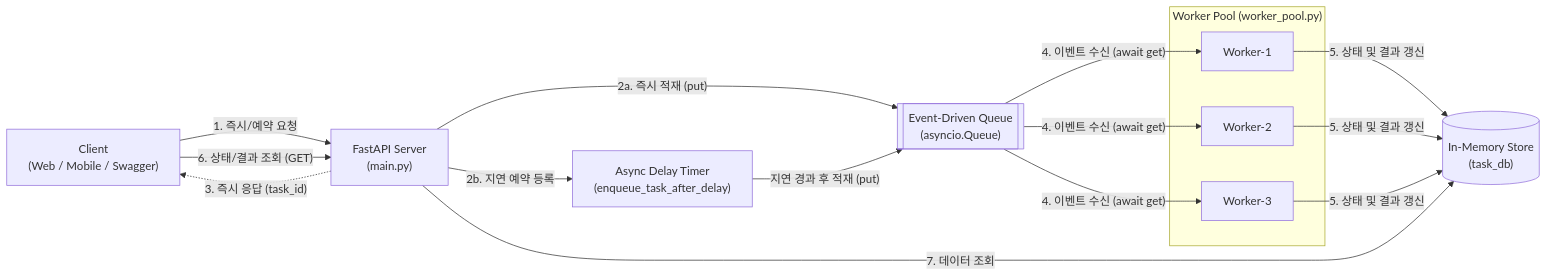
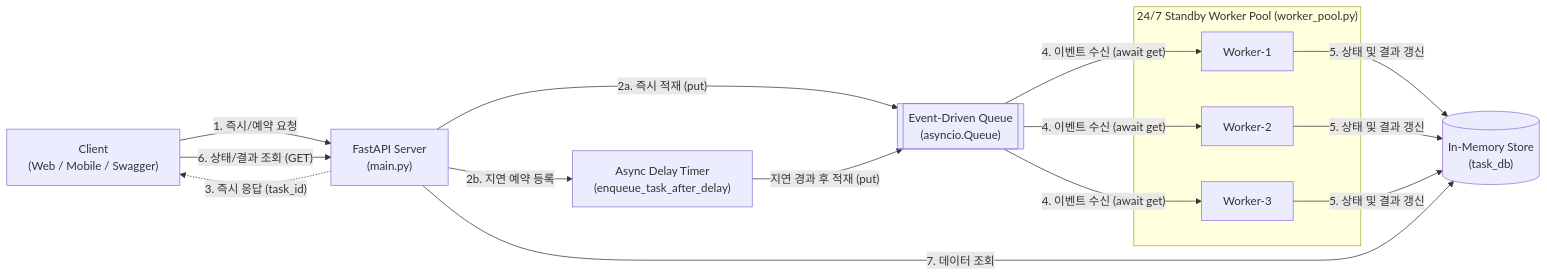
The first of 2 diagrams in ARCHITECTURE.md (fall20style/async-standby-scheduler), drawn with Mermaid before and after one commit. The commit also changed other lines of this file and 3 other files, not shown here.

````diff
--- a/ARCHITECTURE.md
+++ b/ARCHITECTURE.md
@@ -20,25 +22,25 @@
 ```mermaid
 flowchart LR
     Client["Client<br/>(Web / Mobile / Swagger)"]
     API["FastAPI Server<br/>(main.py)"]
     Timer["Async Delay Timer<br/>(enqueue_task_after_delay)"]
     Queue[["Event-Driven Queue<br/>(asyncio.Queue)"]]
     Store[("In-Memory Store<br/>(task_db)")]
     
-    subgraph Pool ["Worker Pool (worker_pool.py)"]
+    subgraph Pool ["24/7 Standby Worker Pool (worker_pool.py)"]
         W1["Worker-1"]
         W2["Worker-2"]
         W3["Worker-3"]
     end
 
     Client -- "1. 즉시/예약 요청" --> API
     API -- "2a. 즉시 적재 (put)" --> Queue
     API -- "2b. 지연 예약 등록" --> Timer
     Timer -- "지연 경과 후 적재 (put)" --> Queue
     API -. "3. 즉시 응답 (task_id)" .-> Client
     
     Queue -- "4. 이벤트 수신 (await get)" --> W1 & W2 & W3
     W1 & W2 & W3 -- "5. 상태 및 결과 갱신" --> Store
     Client -- "6. 상태/결과 조회 (GET)" --> API
     API -- "7. 데이터 조회" --> Store
 ```
````
